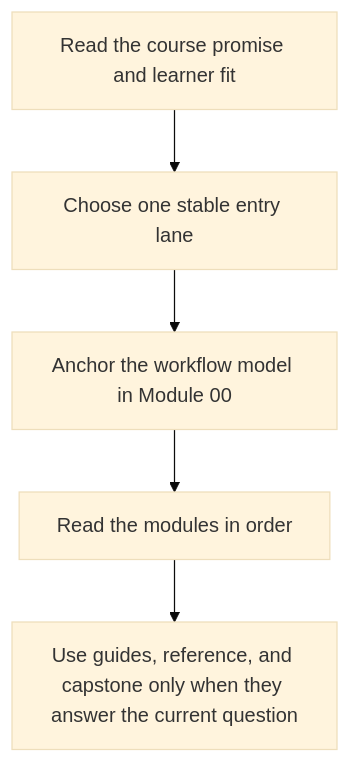
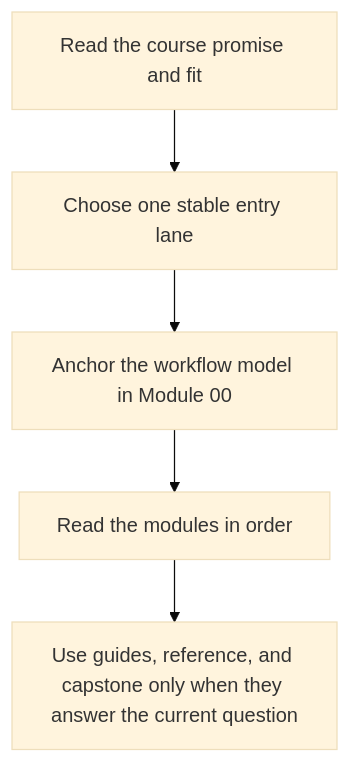
One commit to bijux/bijux-masterclass changed the second of 2 diagrams in programs/reproducible-research/deep-dive-snakemake/course-book/index.md. Above: the diagram before and after it, drawn with Mermaid (base theme). The commit also changed other lines of this file and 1 other file, not shown here.

Commit message:
docs(deep-dive-snakemake): make entry routes speak directly to readers

````diff
--- a/programs/reproducible-research/deep-dive-snakemake/course-book/index.md
+++ b/programs/reproducible-research/deep-dive-snakemake/course-book/index.md
@@ -18,7 +18,7 @@
 ```mermaid
 flowchart TD
-  promise["Read the course promise and learner fit"] --> route["Choose one stable entry lane"]
+  promise["Read the course promise and fit"] --> route["Choose one stable entry lane"]
   route --> orientation["Anchor the workflow model in Module 00"]
   orientation --> modules["Read the modules in order"]
   modules --> proof["Use guides, reference, and capstone only when they answer the current question"]
 ```
````
